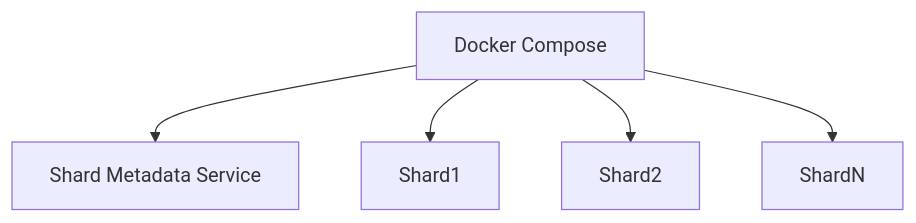
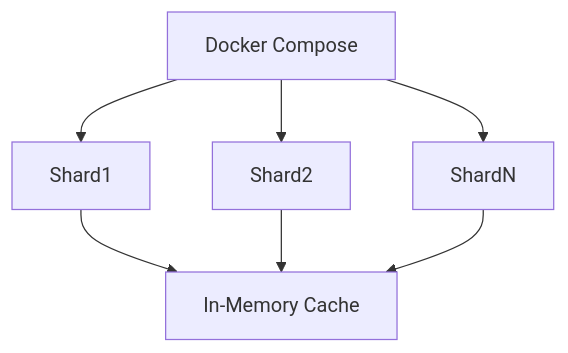
The fifth of 8 diagrams in plans/sharding-architecture-refactor-plan.md (rcmilan/ex-scalingwrites), drawn with Mermaid before and after one commit. The commit also changed other lines of this file, not shown here.

````diff
--- a/plans/sharding-architecture-refactor-plan.md
+++ b/plans/sharding-architecture-refactor-plan.md
@@ -115,7 +115,9 @@
 ```mermaid
 graph TD
-    A[Docker Compose] --> B[Shard Metadata Service]
-    A --> C[Shard1]
-    A --> D[Shard2]
-    A --> E[ShardN]
+    A[Docker Compose] --> B[Shard1]
+    A --> C[Shard2]
+    A --> D[ShardN]
+    B --> E[In-Memory Cache]
+    C --> E
+    D --> E
 ```
````
